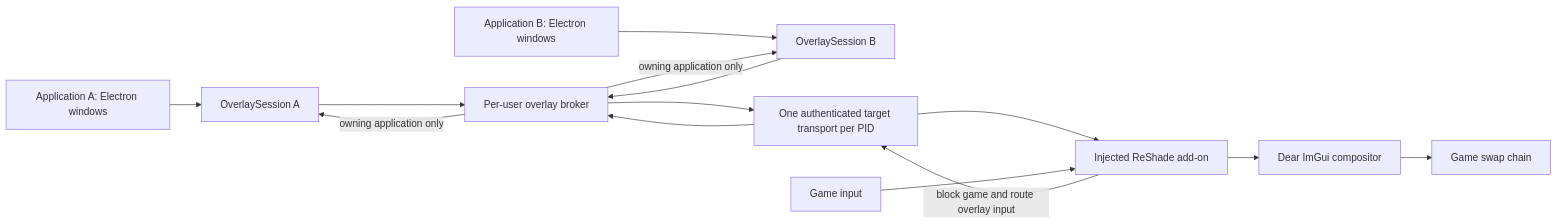
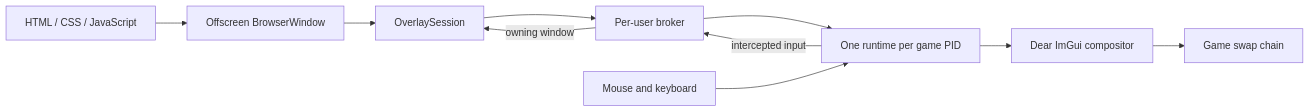
One commit to Wurielle/electron-game-overlay changed the diagram in README.md. Above: the diagram before and after it, drawn with Mermaid. The commit also changed other lines of this file and 7 other files, not shown here.

````diff
--- a/README.md
+++ b/README.md
@@ -40,17 +26,13 @@
 ```mermaid
 flowchart LR
-  PageA["Application A: Electron windows"] --> SessionA["OverlaySession A"]
-  PageB["Application B: Electron windows"] --> SessionB["OverlaySession B"]
-  SessionA --> Broker["Per-user overlay broker"]
-  SessionB --> Broker
-  Broker --> Transport["One authenticated target transport per PID"]
-  Transport --> Addon["Injected ReShade add-on"]
-  Addon --> ImGui["Dear ImGui compositor"]
+  Page["HTML / CSS / JavaScript"] --> Window["Offscreen BrowserWindow"]
+  Window --> Session["OverlaySession"]
+  Session --> Broker["Per-user broker"]
+  Broker --> Runtime["One runtime per game PID"]
+  Runtime --> ImGui["Dear ImGui compositor"]
   ImGui --> Game["Game swap chain"]
 
-  GameInput["Game input"] --> Addon
-  Addon -->|"block game and route overlay input"| Transport
-  Transport --> Broker
-  Broker -->|"owning application only"| SessionA
-  Broker -->|"owning application only"| SessionB
+  GameInput["Mouse and keyboard"] --> Runtime
+  Runtime -->|"intercepted input"| Broker
+  Broker -->|"owning window"| Session
 ```
````
